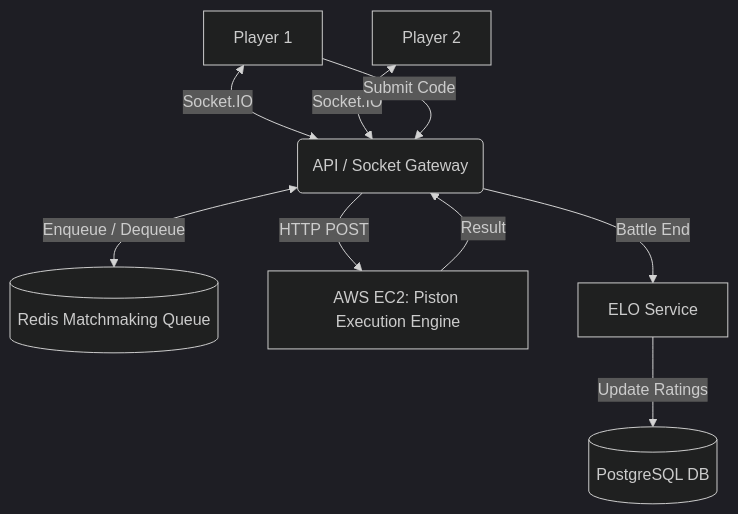
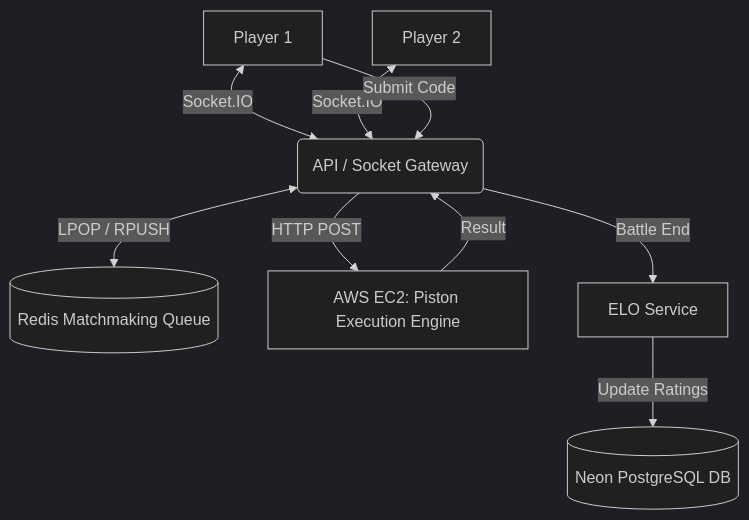
One commit to rajkumar0932/ALGO_BATTLE_ARENA changed the diagram in README.md. Above: the diagram before and after it, drawn with Mermaid (dark theme). The commit also changed other lines of this file, not shown here.

````diff
--- a/README.md
+++ b/README.md
@@ -9,14 +13,14 @@
 ```mermaid
 flowchart TD
     Client1[Player 1] <-->|Socket.IO| Gateway(API / Socket Gateway)
     Client2[Player 2] <-->|Socket.IO| Gateway
     
-    Gateway <-->|Enqueue / Dequeue| RedisQueue[(Redis Matchmaking Queue)]
+    Gateway <-->|LPOP / RPUSH| RedisQueue[(Redis Matchmaking Queue)]
     
     Client1 -->|Submit Code| Gateway
     Gateway -->|HTTP POST| Piston[AWS EC2: Piston Execution Engine]
     Piston -->|Result| Gateway
     
     Gateway -->|Battle End| ELO[ELO Service]
-    ELO -->|Update Ratings| Postgres[(PostgreSQL DB)]
+    ELO -->|Update Ratings| Postgres[(Neon PostgreSQL DB)]
 ```
````
